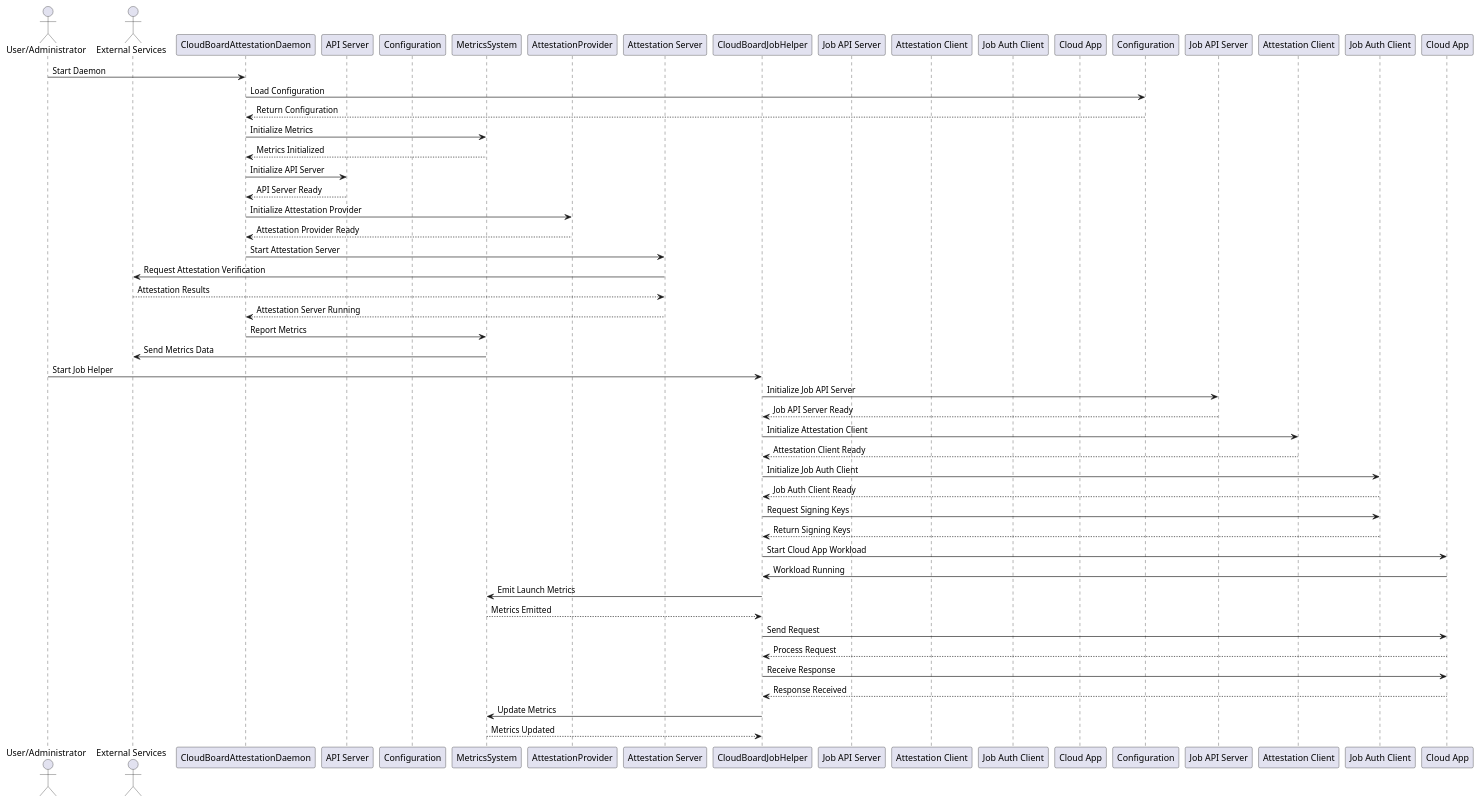
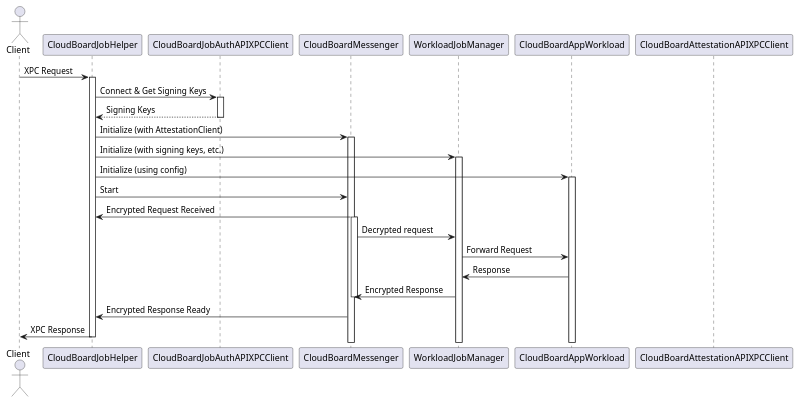
The first of 2 diagrams in CloudBoardJobHelper/README.md (iamsourabh-in/apple-pcc-net), drawn with PlantUML before and after one commit. The commit also changed other lines of this file and 5 other files, not shown here.

````diff
--- a/CloudBoardJobHelper/README.md
+++ b/CloudBoardJobHelper/README.md
@@ -3,70 +185,43 @@
+```plantuml
 @startuml
+actor Client
+participant "CloudBoardJobHelper" as JobHelper
+participant "CloudBoardJobAuthAPIXPCClient" as JobAuthClient
+participant "CloudBoardMessenger" as Messenger
+participant "WorkloadJobManager" as JobManager
+participant "CloudBoardAppWorkload" as Workload
+participant "CloudBoardAttestationAPIXPCClient" as AttestationClient
 
-actor User as "User/Administrator"
-actor ExternalService as "External Services"
 
-participant CloudBoardAttestationDaemon
-participant "API Server" as CloudBoardAttestationAPIServerProtocol
-participant "Configuration" as CloudBoardAttestationDConfiguration
-participant MetricsSystem
-participant AttestationProvider
-participant "Attestation Server" as CloudBoardAttestationServer
+Client -> JobHelper: XPC Request
+activate JobHelper
 
-participant CloudBoardJobHelper
-participant "Job API Server" as CloudBoardJobHelperAPIServerProtocol
-participant "Attestation Client" as CloudBoardAttestationAPIClientProtocol
-participant "Job Auth Client" as CloudBoardJobAuthAPIClientProtocol
-participant "Cloud App" as CloudBoardAppWorkload
+JobHelper -> JobAuthClient: Connect & Get Signing Keys
+activate JobAuthClient
+JobAuthClient --> JobHelper: Signing Keys
+deactivate JobAuthClient
 
-User -> CloudBoardAttestationDaemon: Start Daemon
+JobHelper -> Messenger: Initialize (with AttestationClient)
+activate Messenger
 
-CloudBoardAttestationDaemon -> Configuration: Load Configuration
-Configuration --> CloudBoardAttestationDaemon: Return Configuration
+JobHelper -> JobManager: Initialize (with signing keys, etc.)
+activate JobManager
 
-CloudBoardAttestationDaemon -> MetricsSystem: Initialize Metrics
-MetricsSystem --> CloudBoardAttestationDaemon: Metrics Initialized
+JobHelper -> Workload: Initialize (using config)
+activate Workload
 
-CloudBoardAttestationDaemon -> CloudBoardAttestationAPIServerProtocol: Initialize API Server
-CloudBoardAttestationAPIServerProtocol --> CloudBoardAttestationDaemon: API Server Ready
+JobHelper -> Messenger: Start
+Messenger -> JobHelper : Encrypted Request Received
+activate Messenger
+Messenger -> JobManager: Decrypted request
+JobManager -> Workload: Forward Request
 
-CloudBoardAttestationDaemon -> AttestationProvider: Initialize Attestation Provider
-AttestationProvider --> CloudBoardAttestationDaemon: Attestation Provider Ready
+Workload -> JobManager: Response
+JobManager -> Messenger: Encrypted Response
+deactivate Messenger
+Messenger -> JobHelper: Encrypted Response Ready
+JobHelper -> Client: XPC Response
+deactivate JobHelper
+@enduml
 
-CloudBoardAttestationDaemon -> CloudBoardAttestationServer: Start Attestation Server
-CloudBoardAttestationServer -> ExternalService: Request Attestation Verification
-ExternalService --> CloudBoardAttestationServer: Attestation Results
-CloudBoardAttestationServer --> CloudBoardAttestationDaemon: Attestation Server Running
-
-CloudBoardAttestationDaemon -> MetricsSystem: Report Metrics
-MetricsSystem -> ExternalService: Send Metrics Data
-
-User -> CloudBoardJobHelper: Start Job Helper
-
-CloudBoardJobHelper -> "Job API Server": Initialize Job API Server
-"Job API Server" --> CloudBoardJobHelper: Job API Server Ready
-
-CloudBoardJobHelper -> "Attestation Client": Initialize Attestation Client
-"Attestation Client" --> CloudBoardJobHelper: Attestation Client Ready
-
-CloudBoardJobHelper -> "Job Auth Client": Initialize Job Auth Client
-"Job Auth Client" --> CloudBoardJobHelper: Job Auth Client Ready
-
-CloudBoardJobHelper -> "Job Auth Client": Request Signing Keys
-"Job Auth Client" --> CloudBoardJobHelper: Return Signing Keys
-
-CloudBoardJobHelper -> "Cloud App": Start Cloud App Workload
-"Cloud App" -> CloudBoardJobHelper: Workload Running
-
-CloudBoardJobHelper -> MetricsSystem: Emit Launch Metrics
-MetricsSystem --> CloudBoardJobHelper: Metrics Emitted
-
-CloudBoardJobHelper -> "Cloud App": Send Request
-"Cloud App" --> CloudBoardJobHelper: Process Request
-
-CloudBoardJobHelper -> "Cloud App": Receive Response
-"Cloud App" --> CloudBoardJobHelper: Response Received
-
-CloudBoardJobHelper -> MetricsSystem: Update Metrics
-MetricsSystem --> CloudBoardJobHelper: Metrics Updated
-
-@enduml
+```
````
